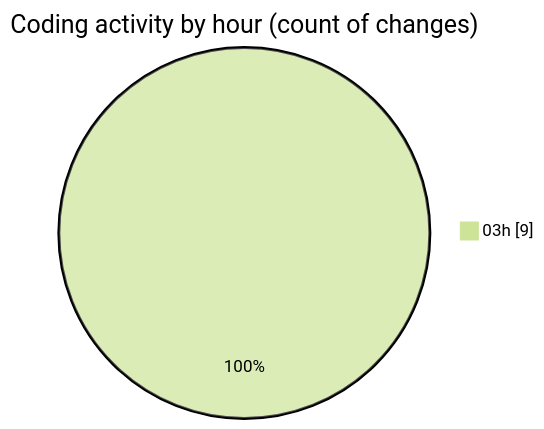
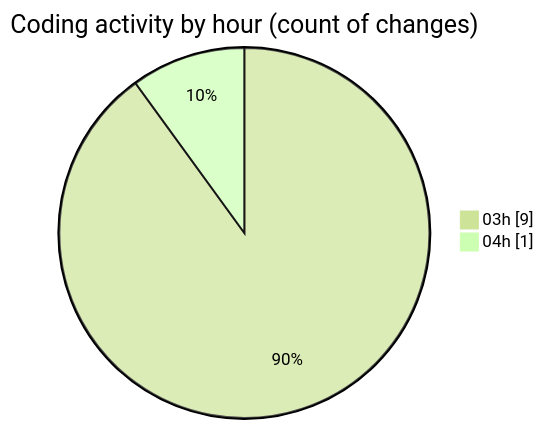
Before and after one commit to julien-gomy/code-tracking: the second of 2 diagrams in 2025-10-30/eventscop-frontend-guide__workspace_/README.md, drawn with Mermaid (forest theme). The commit also changed other lines of this file and 1 other file, not shown here.

````diff
--- a/2025-10-30/eventscop-frontend-guide__workspace_/README.md
+++ b/2025-10-30/eventscop-frontend-guide__workspace_/README.md
@@ -31,5 +32,6 @@
 ```mermaid
 pie showData
 title Coding activity by hour (count of changes)
 "03h" : 9
+"04h" : 1
 ```
````
